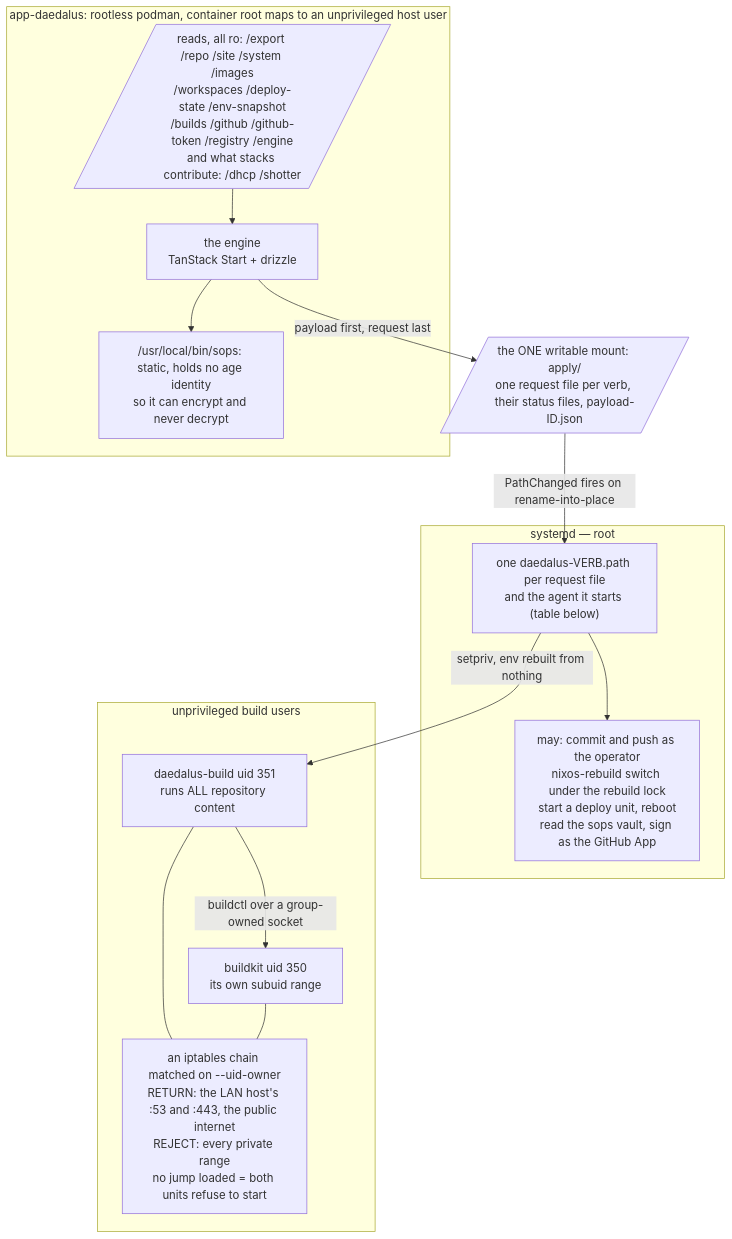
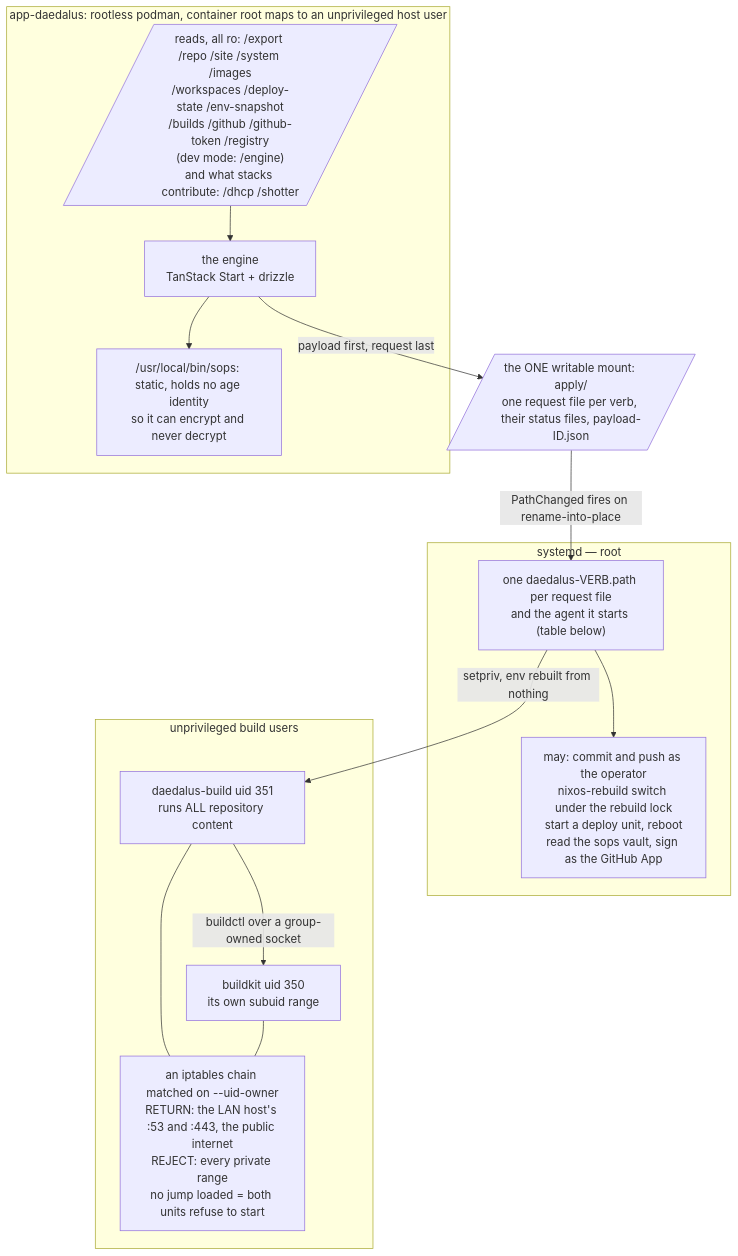
Before and after one commit to santiagotoscanini/daedalus: the second of 5 diagrams in ARCHITECTURE.md, drawn with Mermaid. The commit also changed 7 other files, not shown here.

Commit message:
image: the MCP design documents ship in the image; /engine is mounted in dev mode only

````diff
--- a/ARCHITECTURE.md
+++ b/ARCHITECTURE.md
@@ -85,30 +85,30 @@
 ```mermaid
 flowchart TB
   subgraph unpriv["app-daedalus: rootless podman, container root maps to an unprivileged host user"]
     Engine["the engine<br/>TanStack Start + drizzle"]
-    Rd[/"reads, all ro: /export /repo /site /system /images<br/>/workspaces /deploy-state /env-snapshot<br/>/builds /github /github-token /registry /engine<br/>and what stacks contribute: /dhcp /shotter"/]
+    Rd[/"reads, all ro: /export /repo /site /system /images<br/>/workspaces /deploy-state /env-snapshot<br/>/builds /github /github-token /registry<br/>(dev mode: /engine)<br/>and what stacks contribute: /dhcp /shotter"/]
     Sops["/usr/local/bin/sops: static, holds no age identity<br/>so it can encrypt and never decrypt"]
   end
 
   Wr[/"the ONE writable mount: apply/<br/>one request file per verb, their status files, payload-ID.json"/]
 
   subgraph priv["systemd — root"]
     P["one daedalus-VERB.path per request file<br/>and the agent it starts (table below)"]
     Caps["may: commit and push as the operator<br/>nixos-rebuild switch under the rebuild lock<br/>start a deploy unit, reboot<br/>read the sops vault, sign as the GitHub App"]
   end
 
   subgraph fenced["unprivileged build users"]
     BU["daedalus-build uid 351<br/>runs ALL repository content"]
     BKU["buildkit uid 350<br/>its own subuid range"]
     Fence["an iptables chain matched on --uid-owner<br/>RETURN: the LAN host's :53 and :443, the public internet<br/>REJECT: every private range<br/>no jump loaded = both units refuse to start"]
   end
 
   Rd --> Engine
   Engine --> Sops
   Engine -- "payload first, request last" --> Wr
   Wr -- "PathChanged fires on rename-into-place" --> P --> Caps
   P -- "setpriv, env rebuilt from nothing" --> BU
   BU -- "buildctl over a group-owned socket" --> BKU
   BU --- Fence
   BKU --- Fence
 ```
````
